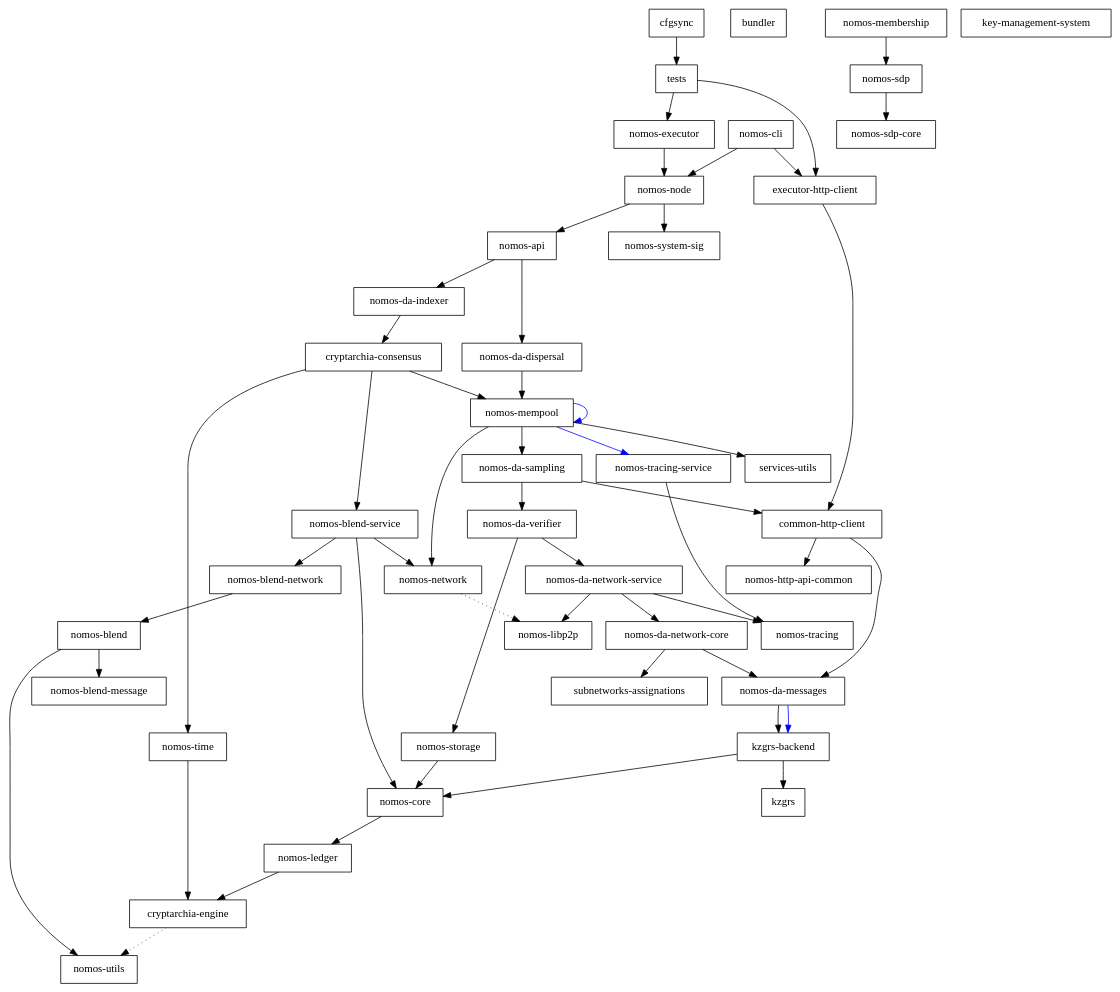
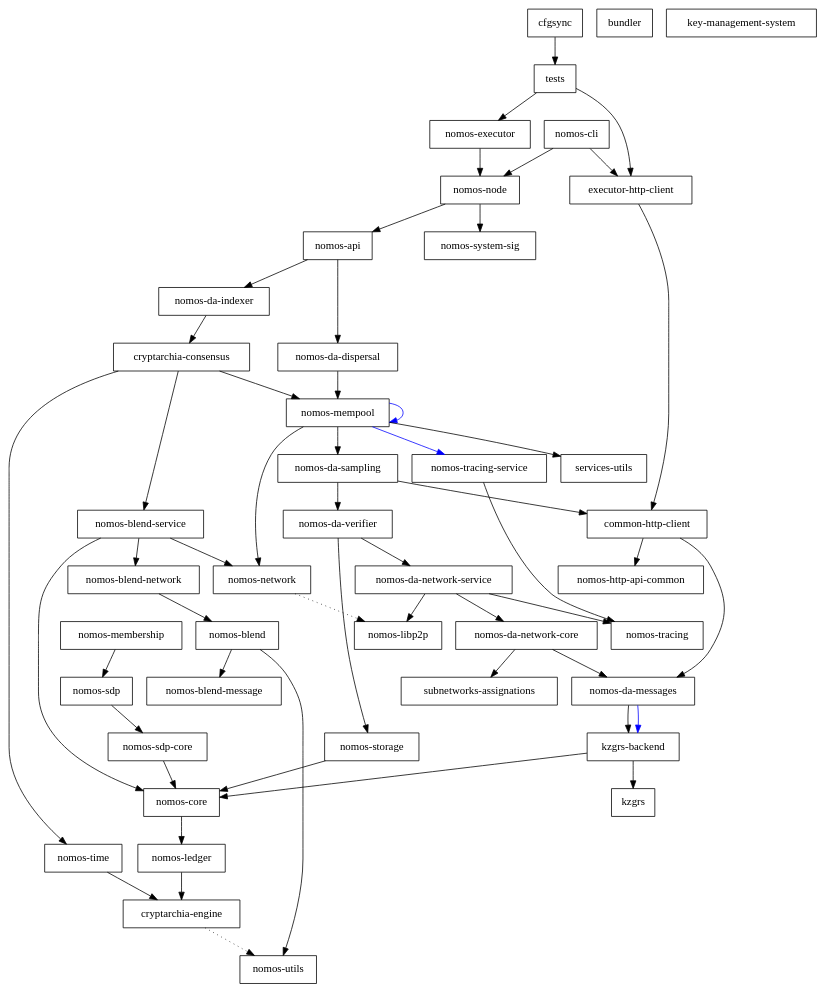
Before and after one commit to Astro521/logos-blockchain: the diagram in dependencies_graph.dot, drawn with Graphviz. The commit also changed 12 other files, not shown here.

```diff
--- a/dependencies_graph.dot
+++ b/dependencies_graph.dot
@@ -1,95 +1,96 @@
 digraph {
     0 [ label = "cryptarchia-engine" shape = box]
     1 [ label = "nomos-utils" shape = box]
     2 [ label = "nomos-ledger" shape = box]
     3 [ label = "nomos-http-api-common" shape = box]
     4 [ label = "nomos-executor" shape = box]
     5 [ label = "kzgrs-backend" shape = box]
     6 [ label = "kzgrs" shape = box]
     7 [ label = "nomos-core" shape = box]
     8 [ label = "nomos-api" shape = box]
     9 [ label = "cryptarchia-consensus" shape = box]
     10 [ label = "nomos-blend-service" shape = box]
     11 [ label = "nomos-blend" shape = box]
     12 [ label = "nomos-blend-message" shape = box]
     13 [ label = "nomos-blend-network" shape = box]
     14 [ label = "nomos-libp2p" shape = box]
     15 [ label = "nomos-network" shape = box]
     16 [ label = "nomos-da-sampling" shape = box]
     17 [ label = "common-http-client" shape = box]
     18 [ label = "nomos-da-messages" shape = box]
     19 [ label = "nomos-da-network-core" shape = box]
     20 [ label = "subnetworks-assignations" shape = box]
     21 [ label = "nomos-da-network-service" shape = box]
     22 [ label = "nomos-tracing" shape = box]
     23 [ label = "nomos-da-verifier" shape = box]
     24 [ label = "nomos-storage" shape = box]
     25 [ label = "nomos-mempool" shape = box]
     26 [ label = "services-utils" shape = box]
     27 [ label = "nomos-tracing-service" shape = box]
     28 [ label = "nomos-time" shape = box]
     29 [ label = "nomos-da-dispersal" shape = box]
     30 [ label = "nomos-da-indexer" shape = box]
     31 [ label = "nomos-node" shape = box]
     32 [ label = "nomos-system-sig" shape = box]
     33 [ label = "executor-http-client" shape = box]
     34 [ label = "bundler" shape = box]
     35 [ label = "nomos-cli" shape = box]
     36 [ label = "nomos-sdp-core" shape = box]
     37 [ label = "key-management-system" shape = box]
     38 [ label = "nomos-membership" shape = box]
     39 [ label = "nomos-sdp" shape = box]
     40 [ label = "cfgsync" shape = box]
     41 [ label = "tests" shape = box]
     0 -> 1 [ style = dotted]
     2 -> 0 [ ]
     4 -> 31 [ ]
     5 -> 6 [ ]
     5 -> 7 [ ]
     7 -> 2 [ ]
     8 -> 29 [ ]
     8 -> 30 [ ]
     9 -> 10 [ ]
     9 -> 25 [ ]
     9 -> 28 [ ]
     10 -> 13 [ ]
     10 -> 7 [ ]
     10 -> 15 [ ]
     11 -> 12 [ ]
     11 -> 1 [ ]
     13 -> 11 [ ]
     15 -> 14 [ style = dotted]
     16 -> 17 [ ]
     16 -> 23 [ ]
     17 -> 18 [ ]
     17 -> 3 [ ]
     18 -> 5 [ ]
     18 -> 5 [ color = blue]
     19 -> 18 [ ]
     19 -> 20 [ ]
     21 -> 19 [ ]
     21 -> 14 [ ]
     21 -> 22 [ ]
     23 -> 21 [ ]
     23 -> 24 [ ]
     24 -> 7 [ ]
     25 -> 16 [ ]
     25 -> 25 [ color = blue]
     25 -> 15 [ ]
     25 -> 27 [ color = blue]
     25 -> 26 [ ]
     27 -> 22 [ ]
     28 -> 0 [ ]
     29 -> 25 [ ]
     30 -> 9 [ ]
     31 -> 8 [ ]
     31 -> 32 [ ]
     33 -> 17 [ ]
     35 -> 33 [ ]
     35 -> 31 [ ]
+    36 -> 7 [ ]
     38 -> 39 [ ]
     39 -> 36 [ ]
     40 -> 41 [ ]
     41 -> 33 [ ]
     41 -> 4 [ ]
 }
```
